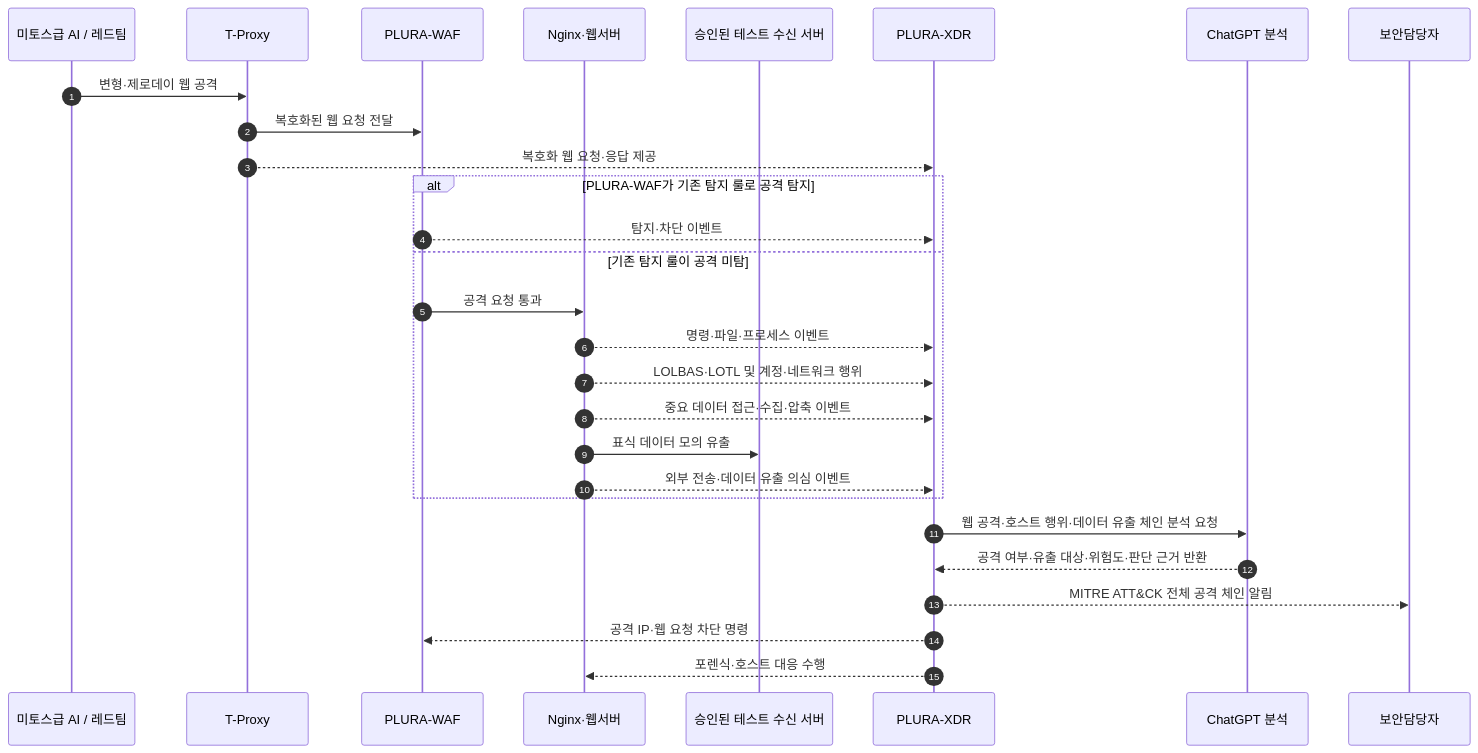
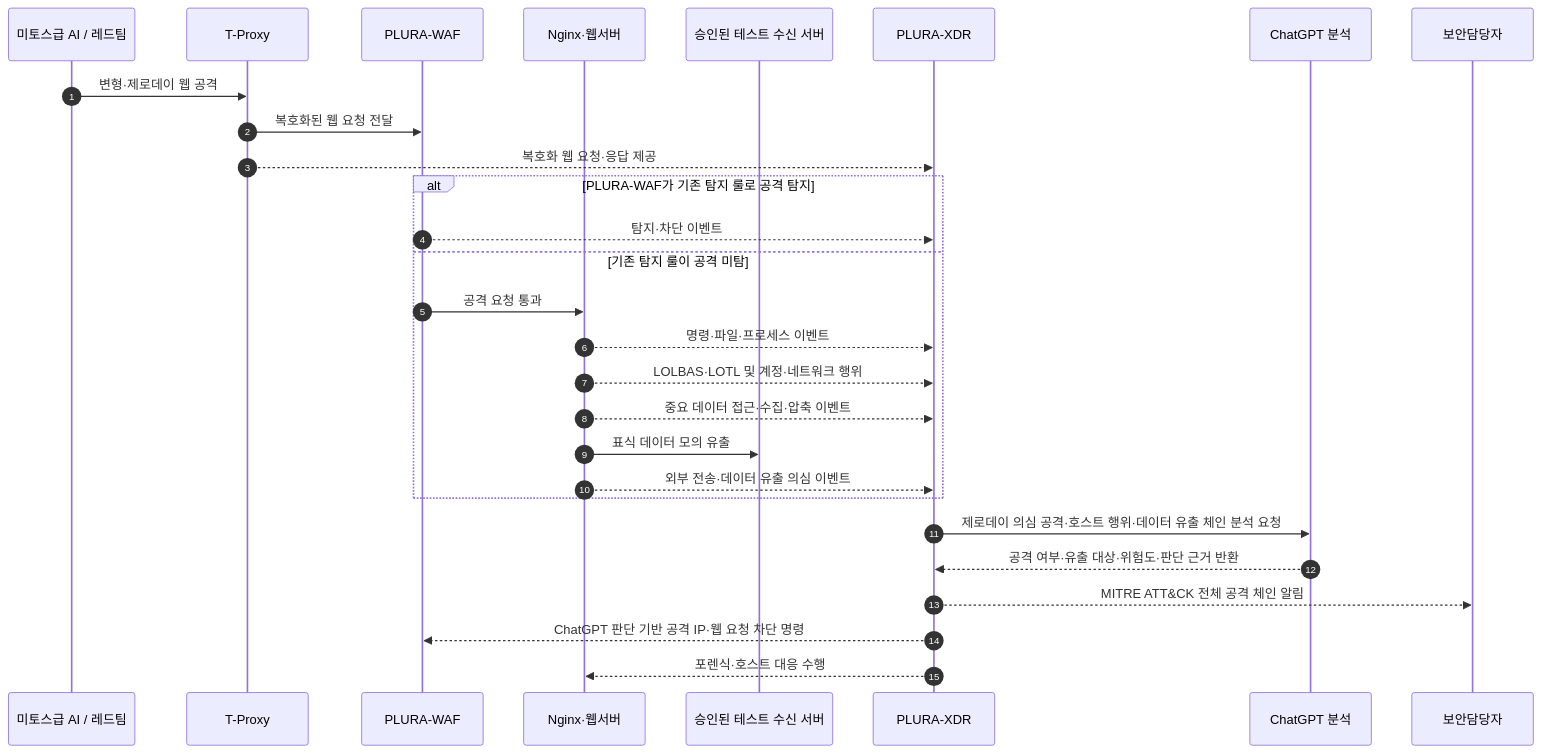
Before and after one commit to qubitsec/plura: the fifth of 5 diagrams in ko/proposal/lg/poc-full.md, drawn with Mermaid. The commit also changed other lines of this file, not shown here.

````diff
--- a/ko/proposal/lg/poc-full.md
+++ b/ko/proposal/lg/poc-full.md
@@ -291,33 +298,33 @@
 ```mermaid
 sequenceDiagram
     autonumber
     participant RT as 미토스급 AI / 레드팀
     participant TP as T-Proxy
     participant WAF as PLURA-WAF
     participant WEB as Nginx·웹서버
     participant EXT as 승인된 테스트 수신 서버
     participant XDR as PLURA-XDR
     participant AI as ChatGPT 분석
     participant SOC as 보안담당자
 
     RT->>TP: 변형·제로데이 웹 공격
     TP->>WAF: 복호화된 웹 요청 전달
     TP-->>XDR: 복호화 웹 요청·응답 제공
 
     alt PLURA-WAF가 기존 탐지 룰로 공격 탐지
         WAF-->>XDR: 탐지·차단 이벤트
     else 기존 탐지 룰이 공격 미탐
         WAF->>WEB: 공격 요청 통과
         WEB-->>XDR: 명령·파일·프로세스 이벤트
         WEB-->>XDR: LOLBAS·LOTL 및 계정·네트워크 행위
         WEB-->>XDR: 중요 데이터 접근·수집·압축 이벤트
         WEB->>EXT: 표식 데이터 모의 유출
         WEB-->>XDR: 외부 전송·데이터 유출 의심 이벤트
     end
 
-    XDR->>AI: 웹 공격·호스트 행위·데이터 유출 체인 분석 요청
+    XDR->>AI: 제로데이 의심 공격·호스트 행위·데이터 유출 체인 분석 요청
     AI-->>XDR: 공격 여부·유출 대상·위험도·판단 근거 반환
     XDR-->>SOC: MITRE ATT&CK 전체 공격 체인 알림
-    XDR-->>WAF: 공격 IP·웹 요청 차단 명령
+    XDR-->>WAF: ChatGPT 판단 기반 공격 IP·웹 요청 차단 명령
     XDR-->>WEB: 포렌식·호스트 대응 수행
 ```
````
